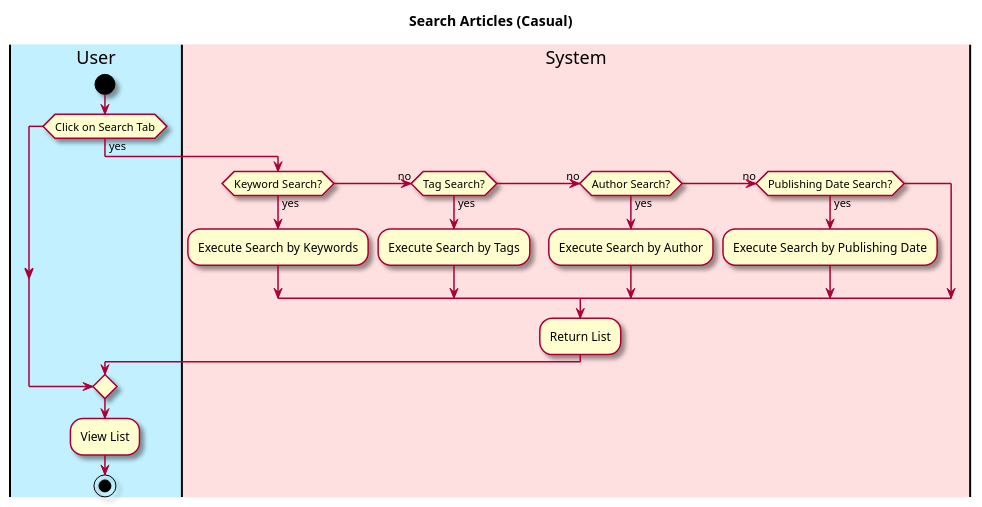
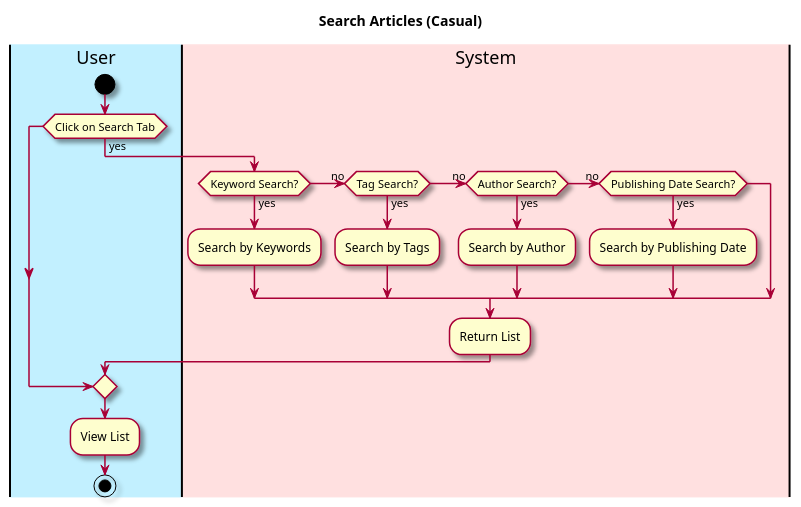
Before and after one commit to owhitleym-ui/EcoScoop: the diagram in intellij/doc/Functional Specification/search-article.md, drawn with PlantUML. The commit also changed other lines of this file and 5 other files, not shown here.

````diff
--- a/intellij/doc/Functional Specification/search-article.md
+++ b/intellij/doc/Functional Specification/search-article.md
@@ -21,31 +21,31 @@
 ```plantuml
 @startuml
 skin rose
 
 title Search Articles (Casual)
 
 'define the lanes
 |#application|User|
 |#implementation|System|
 
 |User|
 start
 if (Click on Search Tab) then (yes)
 |System|
     if (Keyword Search?) then (yes)
-    :Execute Search by Keywords;
+    :Search by Keywords;
     (no) elseif (Tag Search?) then (yes)
-    :Execute Search by Tags;
+    :Search by Tags;
     (no) elseif (Author Search?) then (yes)
-    :Execute Search by Author;
+    :Search by Author;
     (no) elseif (Publishing Date Search?) then (yes)
-    :Execute Search by Publishing Date;
+    :Search by Publishing Date;
     endif
 :Return List;
 endif
 |User|
 :View List;
 
 stop
 @enduml
 ```
````
